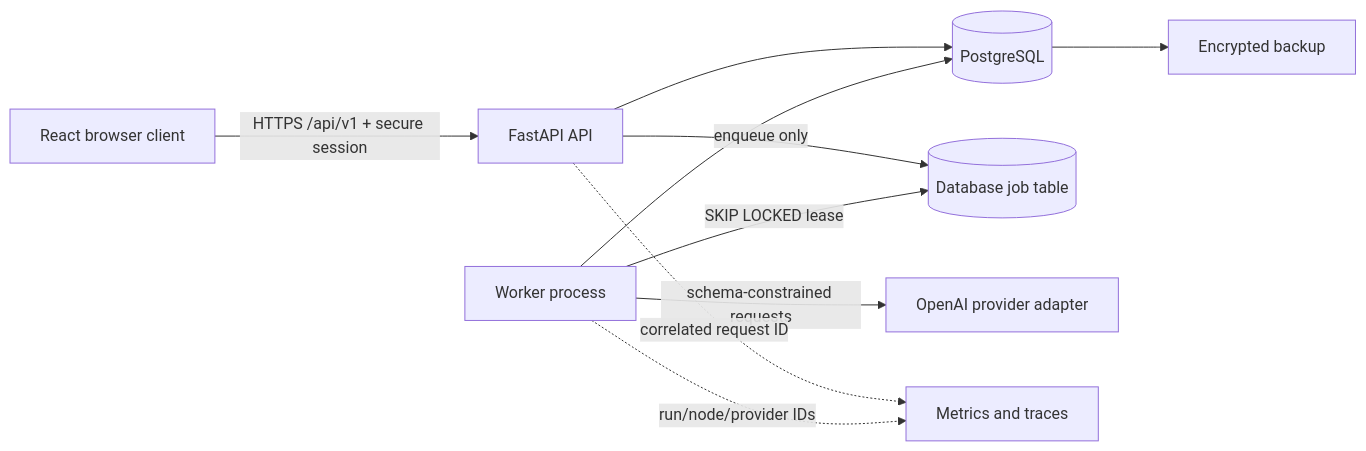
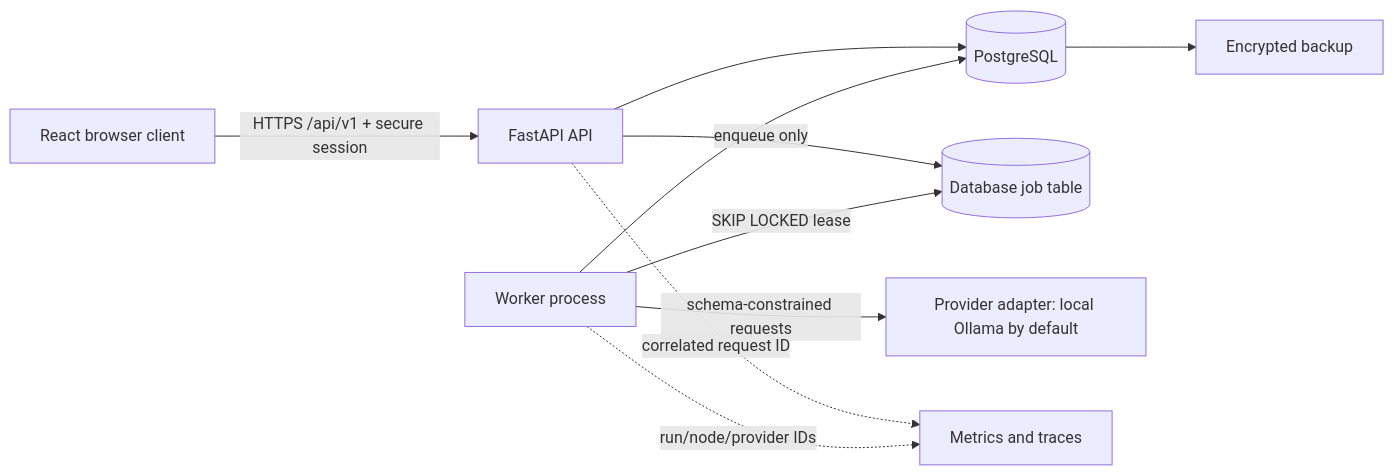
One commit to Abdelrahman2411200/AI-Project-Manager-Agent changed the diagram in docs/architecture.md. Above: the diagram before and after it, drawn with Mermaid. The commit also changed other lines of this file and 50 other files, not shown here.

Commit message:
feat: add local Ollama planning runtime

````diff
--- a/docs/architecture.md
+++ b/docs/architecture.md
@@ -7,12 +7,12 @@
 ```mermaid
 flowchart LR
     Browser[React browser client] -->|HTTPS /api/v1 + secure session| API[FastAPI API]
     API --> DB[(PostgreSQL)]
     API -->|enqueue only| Jobs[(Database job table)]
     Worker[Worker process] -->|SKIP LOCKED lease| Jobs
     Worker --> DB
-    Worker -->|schema-constrained requests| Provider[OpenAI provider adapter]
+    Worker -->|schema-constrained requests| Provider[Provider adapter: local Ollama by default]
     DB --> Backup[Encrypted backup]
     API -. correlated request ID .-> Telemetry[Metrics and traces]
     Worker -. run/node/provider IDs .-> Telemetry
 ```
````
